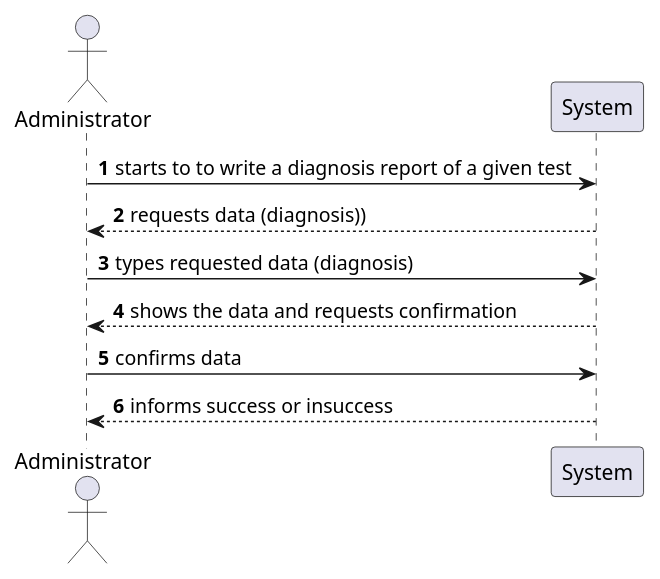
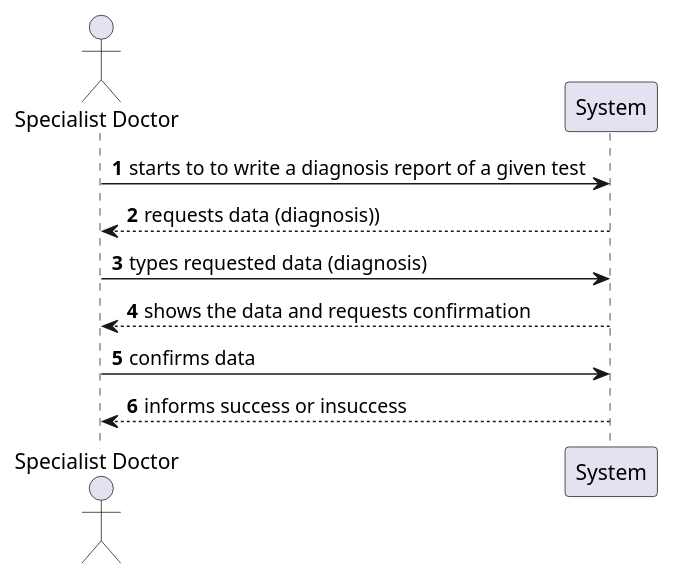
One commit to jsmarques98/LAPR2-ISEP changed the diagram in docs/SprintC/US14/US14_SSD.puml. Above: the diagram before and after it, drawn with PlantUML. The commit also changed 7 other files, not shown here.

```diff
--- a/docs/SprintC/US14/US14_SSD.puml
+++ b/docs/SprintC/US14/US14_SSD.puml
@@ -1,16 +1,16 @@
 @startuml
 'https://plantuml.com/sequence-diagram
 
 autonumber
 
-actor  "Administrator" as Admin
+actor  "Specialist Doctor" as Spec
 
-Admin -> System: starts to to write a diagnosis report of a given test
-System --> Admin: requests data (diagnosis))
+Spec -> System: starts to to write a diagnosis report of a given test
+System --> Spec: requests data (diagnosis))
 
-Admin -> System: types requested data (diagnosis)
-System --> Admin: shows the data and requests confirmation
+Spec -> System: types requested data (diagnosis)
+System --> Spec: shows the data and requests confirmation
 
-Admin -> System: confirms data
-System --> Admin: informs success or insuccess
+Spec -> System: confirms data
+System --> Spec: informs success or insuccess
 @enduml
```
